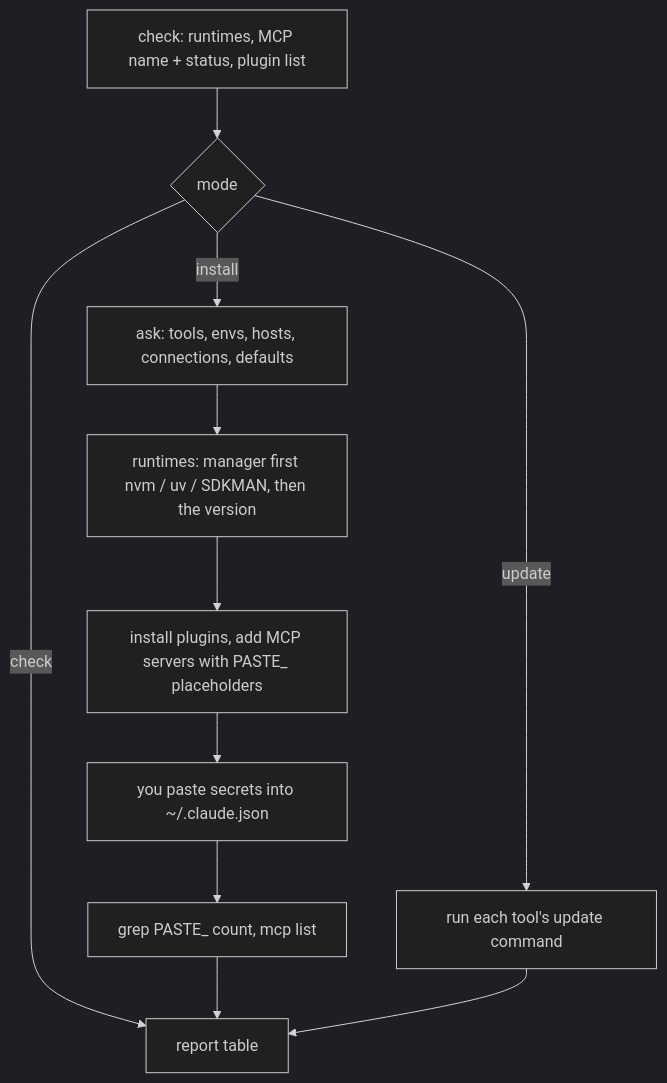
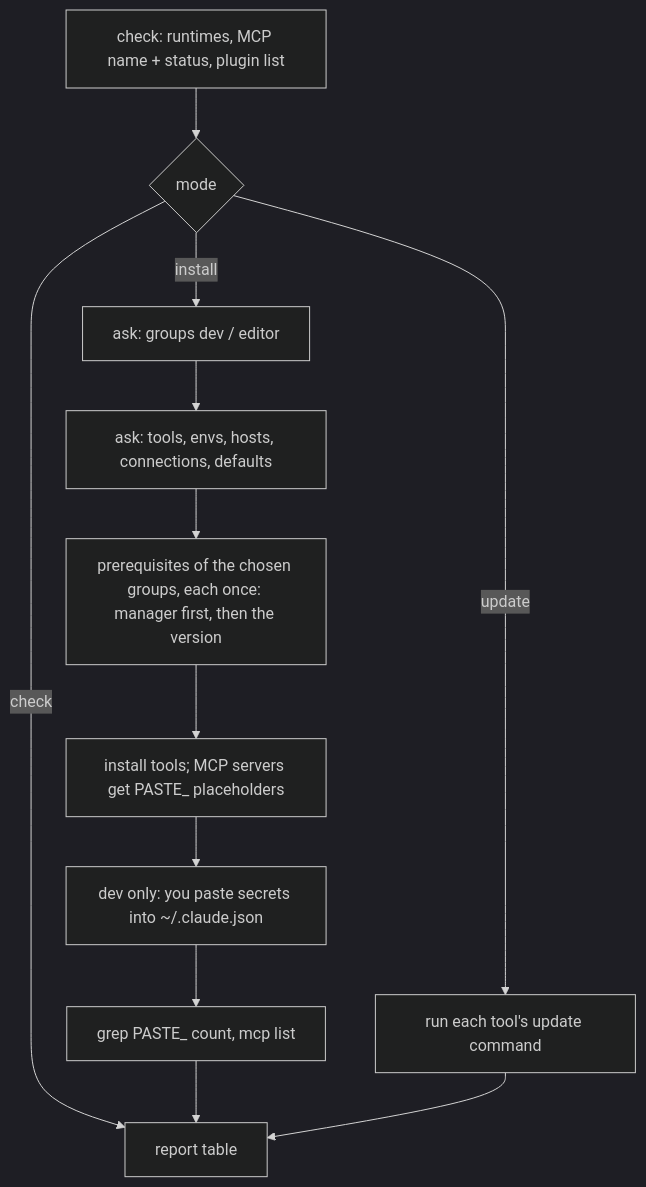
The diagram in plugins/naphatwx-tools/skills/setup-device/README.md (naphatwx/naphatwx-tools), drawn with Mermaid (dark theme) before and after one commit. The commit also changed other lines of this file and 6 other files, not shown here.

First line of the commit message:
feat(setup-device): group tools into dev and editor

````diff
--- a/plugins/naphatwx-tools/skills/setup-device/README.md
+++ b/plugins/naphatwx-tools/skills/setup-device/README.md
@@ -34,12 +49,13 @@
 ```mermaid
 graph TD
     A[check: runtimes, MCP name + status, plugin list] --> B{mode}
     B -->|check| R[report table]
-    B -->|install| Q[ask: tools, envs, hosts, connections, defaults]
+    B -->|install| G[ask: groups dev / editor]
     B -->|update| U[run each tool's update command]
-    Q --> P[runtimes: manager first nvm / uv / SDKMAN, then the version]
-    P --> I[install plugins, add MCP servers with PASTE_ placeholders]
-    I --> S[you paste secrets into ~/.claude.json]
+    G --> Q[ask: tools, envs, hosts, connections, defaults]
+    Q --> P[prerequisites of the chosen groups, each once: manager first, then the version]
+    P --> I[install tools; MCP servers get PASTE_ placeholders]
+    I --> S[dev only: you paste secrets into ~/.claude.json]
     S --> V[grep PASTE_ count, mcp list] --> R
     U --> R
 ```
````
